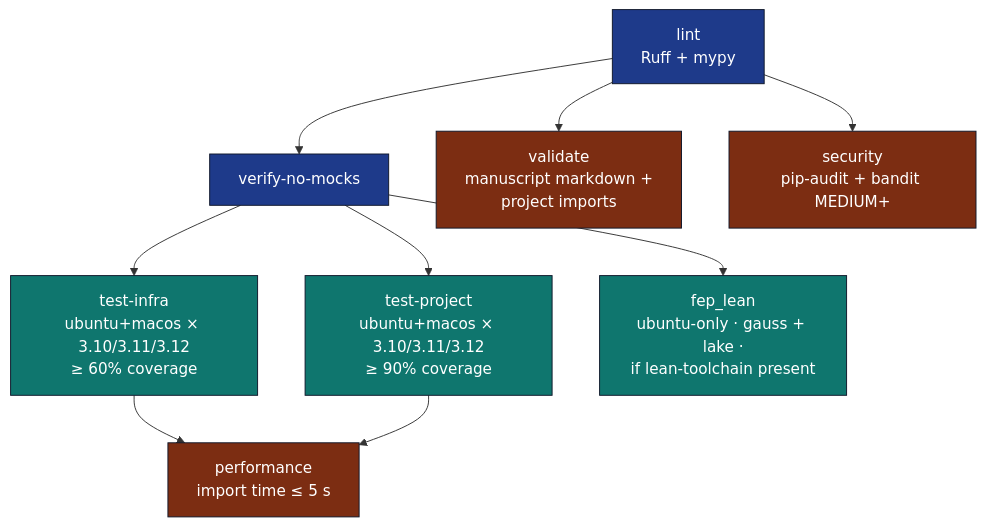
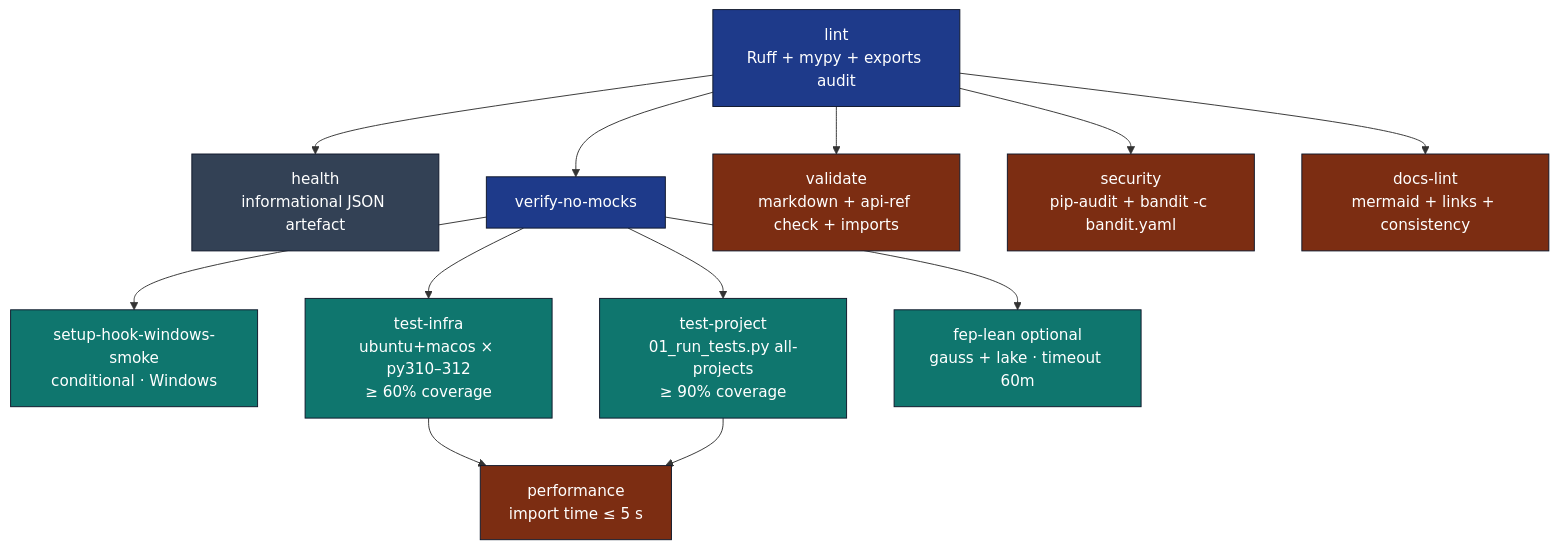
Before and after one commit to docxology/template: the diagram in .github/workflows/README.md, drawn with Mermaid. The commit also changed other lines of this file and 164 other files, not shown here.

````diff
--- a/.github/workflows/README.md
+++ b/.github/workflows/README.md
@@ -21,18 +21,23 @@
 ```mermaid
 flowchart TB
-    LINT[lint<br/>Ruff + mypy] --> VNM[verify-no-mocks]
-    LINT --> VAL[validate<br/>manuscript markdown +<br/>project imports]
-    LINT --> SEC[security<br/>pip-audit + bandit MEDIUM+]
-    VNM --> TI[test-infra<br/>ubuntu+macos × 3.10/3.11/3.12<br/>≥ 60% coverage]
-    VNM --> TP[test-project<br/>ubuntu+macos × 3.10/3.11/3.12<br/>≥ 90% coverage]
-    VNM --> FL[fep_lean<br/>ubuntu-only · gauss + lake ·<br/>if lean-toolchain present]
+    LINT[lint<br/>Ruff + mypy + exports audit] --> HEALTH[health<br/>informational JSON artefact]
+    LINT --> VNM[verify-no-mocks]
+    LINT --> VAL[validate<br/>markdown + api-ref check + imports]
+    LINT --> SEC[security<br/>pip-audit + bandit -c bandit.yaml]
+    LINT --> DL[docs-lint<br/>mermaid + links + consistency]
+    VNM --> SHW[setup-hook-windows-smoke<br/>conditional · Windows]
+    VNM --> TI[test-infra<br/>ubuntu+macos × py310–312<br/>≥ 60% coverage]
+    VNM --> TP[test-project<br/>01_run_tests.py all-projects<br/>≥ 90% coverage]
+    VNM --> FL[fep-lean optional<br/>gauss + lake · timeout 60m]
     TI --> PERF[performance<br/>import time ≤ 5 s]
     TP --> PERF
 
     classDef gate fill:#1e3a8a,stroke:#0f172a,color:#fff
     classDef matrix fill:#0f766e,stroke:#0f172a,color:#fff
     classDef terminal fill:#7c2d12,stroke:#0f172a,color:#fff
+    classDef info fill:#334155,stroke:#0f172a,color:#fff
     class LINT,VNM gate
-    class TI,TP,FL matrix
-    class VAL,SEC,PERF terminal
+    class TI,TP,FL,SHW matrix
+    class VAL,SEC,DL,PERF terminal
+    class HEALTH info
 ```
````
